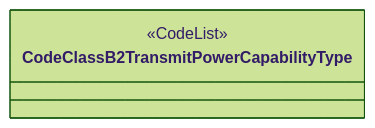
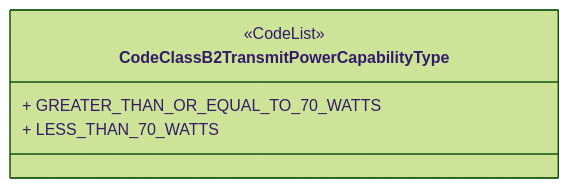
Diagram 33 of 46 in README.md (hlepori/testAIRM), drawn with Mermaid (forest theme) before and after one commit. The commit also changed other lines of this file, not shown here.

````diff
--- a/README.md
+++ b/README.md
@@ -727,5 +796,7 @@
 ```mermaid	
 classDiagram	
 class CodeClassB2TransmitPowerCapabilityType	
 <<CodeList>> CodeClassB2TransmitPowerCapabilityType	
+CodeClassB2TransmitPowerCapabilityType : + GREATER_THAN_OR_EQUAL_TO_70_WATTS	
+CodeClassB2TransmitPowerCapabilityType : + LESS_THAN_70_WATTS	
 ```	
````
